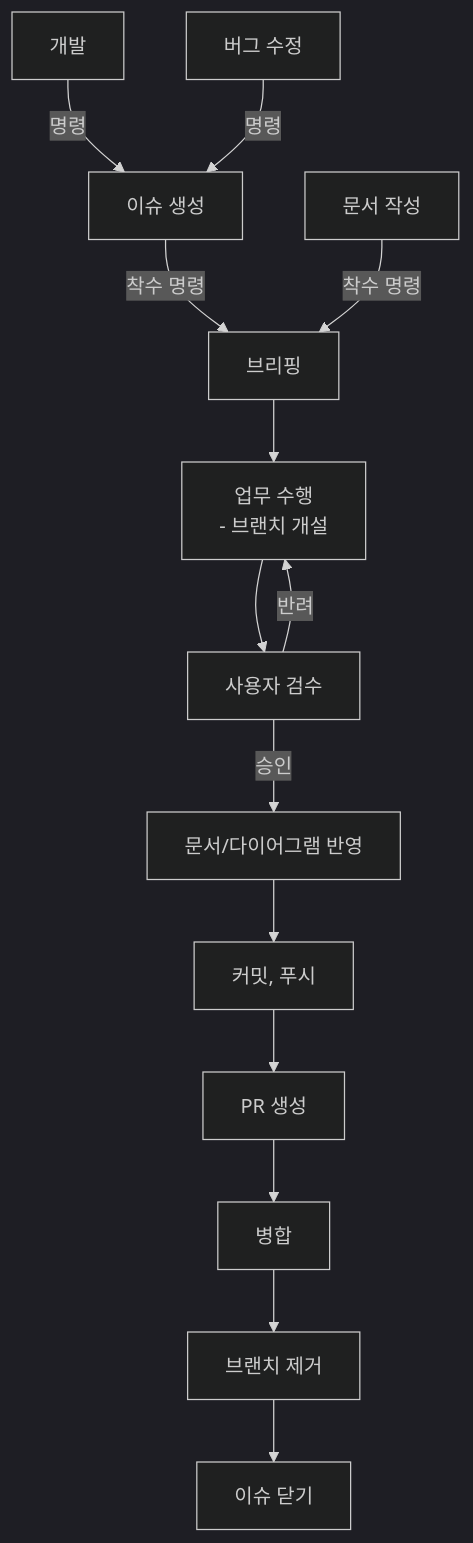
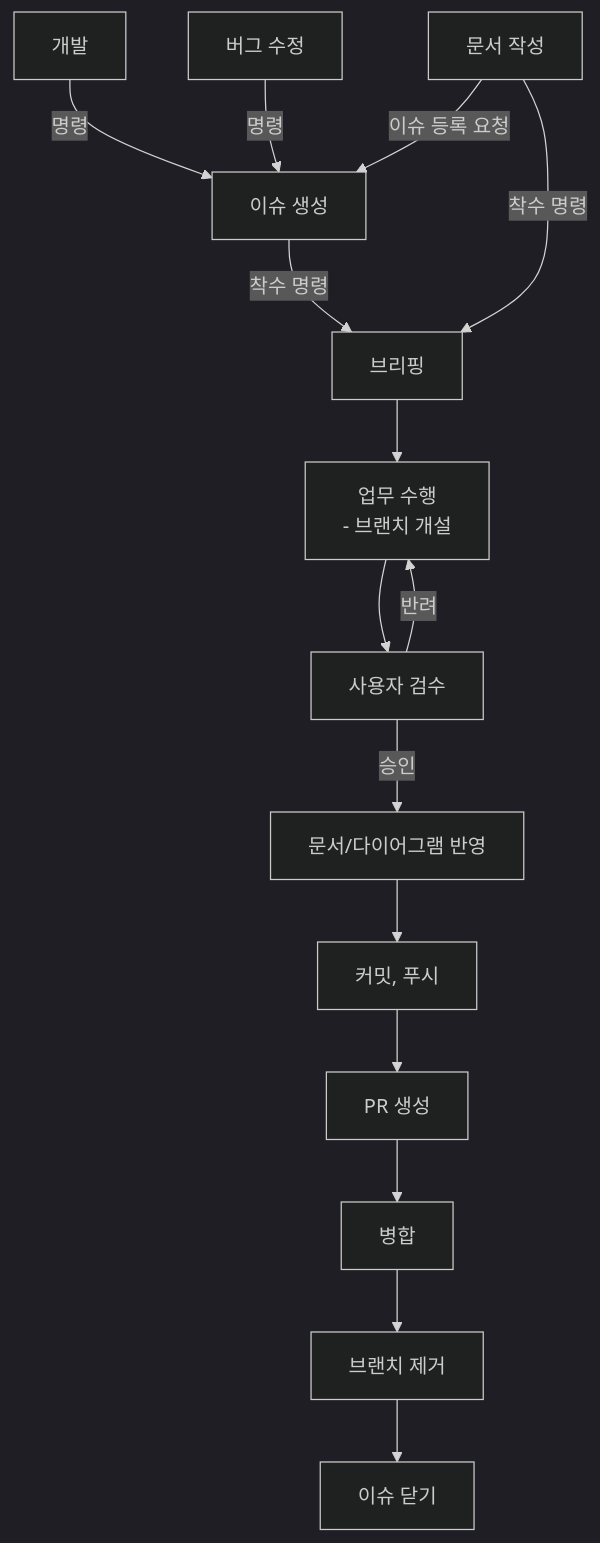
Before and after one commit to pistol357/study: the diagram in 261028/Docs/Claude/WorkflowRules.md, drawn with Mermaid (dark theme). The commit also changed other lines of this file and 18 other files, not shown here.

````diff
--- a/261028/Docs/Claude/WorkflowRules.md
+++ b/261028/Docs/Claude/WorkflowRules.md
@@ -14,16 +15,17 @@
 ```mermaid
 flowchart TD
     Dev[개발] -- 명령 --> Issue[이슈 생성]
     Bug[버그 수정] -- 명령 --> Issue
+    Docs[문서 작성] -- 이슈 등록 요청 --> Issue
     Issue -- 착수 명령 --> Briefing[브리핑]
-    Docs[문서 작성] -- 착수 명령 --> Briefing
+    Docs -- 착수 명령 --> Briefing
     Briefing --> Work["업무 수행<br/>- 브랜치 개설"]
     Work --> Review[사용자 검수]
     Review -- 반려 --> Work
     Review -- 승인 --> Reflect[문서/다이어그램 반영]
     Reflect --> Commit[커밋, 푸시]
     Commit --> PR[PR 생성]
     PR --> Merge[병합]
     Merge --> DeleteBranch[브랜치 제거]
     DeleteBranch --> CloseIssue[이슈 닫기]
 ```
````
